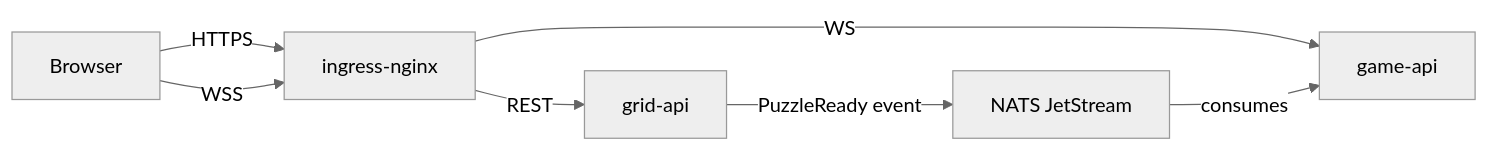
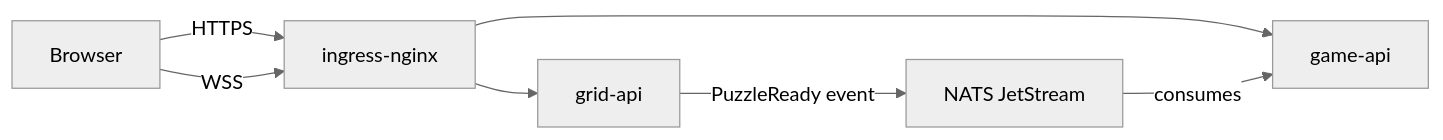
One commit to Ishou/wordsparrow changed the third of 5 diagrams in README.md. Above: the diagram before and after it, drawn with Mermaid (neutral theme). The commit also changed other lines of this file and 4 other files, not shown here.

First line of the commit message:
feat(infra-diagrams): show manual survey->clue-pipeline loop, simplify flow labels

````diff
--- a/README.md
+++ b/README.md
@@ -119,14 +121,14 @@
 ```mermaid
 flowchart LR
   browser["Browser"]
   ingress["ingress-nginx"]
   grid["grid-api"]
   game["game-api"]
   nats["NATS JetStream"]
   browser -->|HTTPS| ingress
   browser -->|WSS| ingress
-  ingress -->|REST| grid
-  ingress -->|WS| game
+  ingress --> grid
+  ingress --> game
   grid -->|PuzzleReady event| nats
   nats -->|consumes| game
 ```
````
